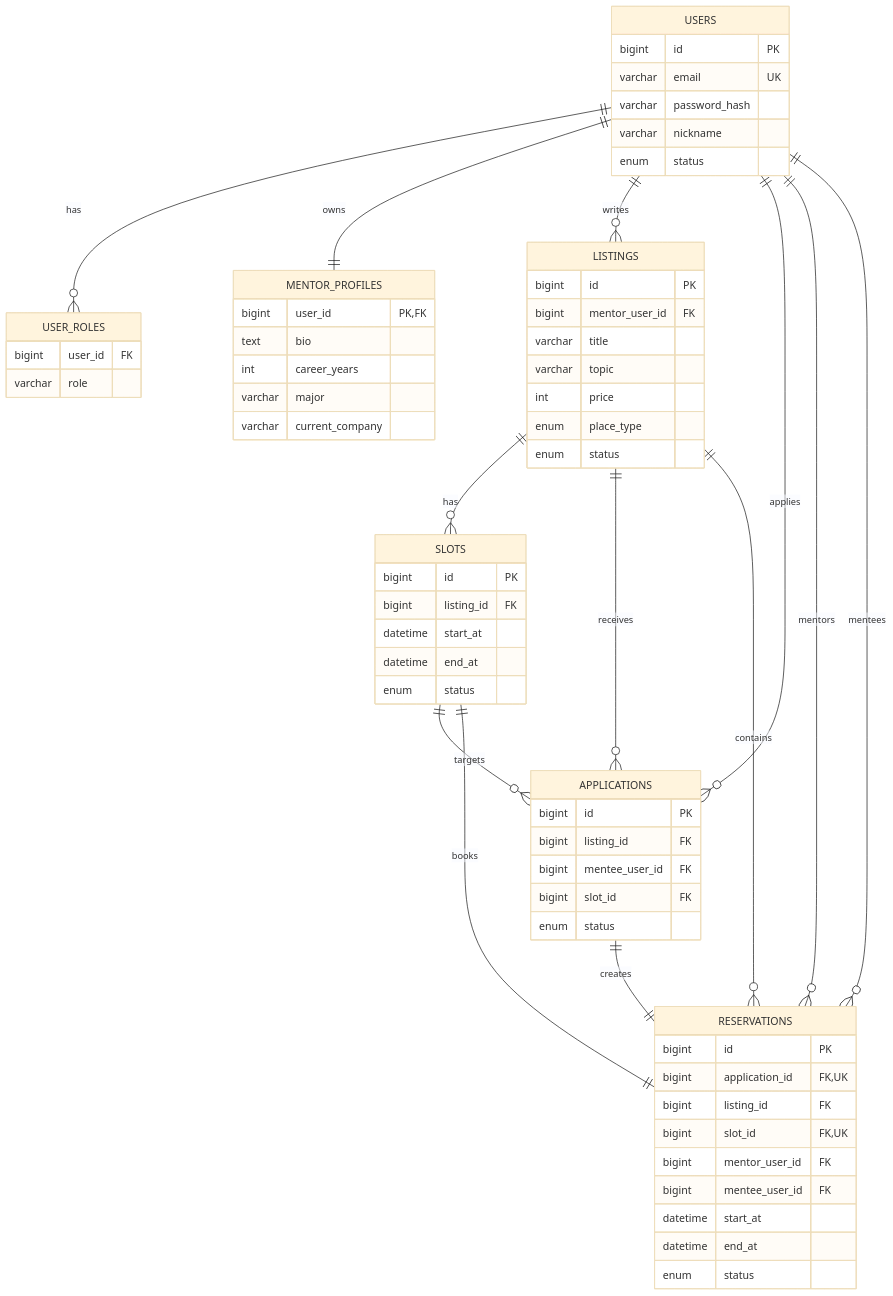
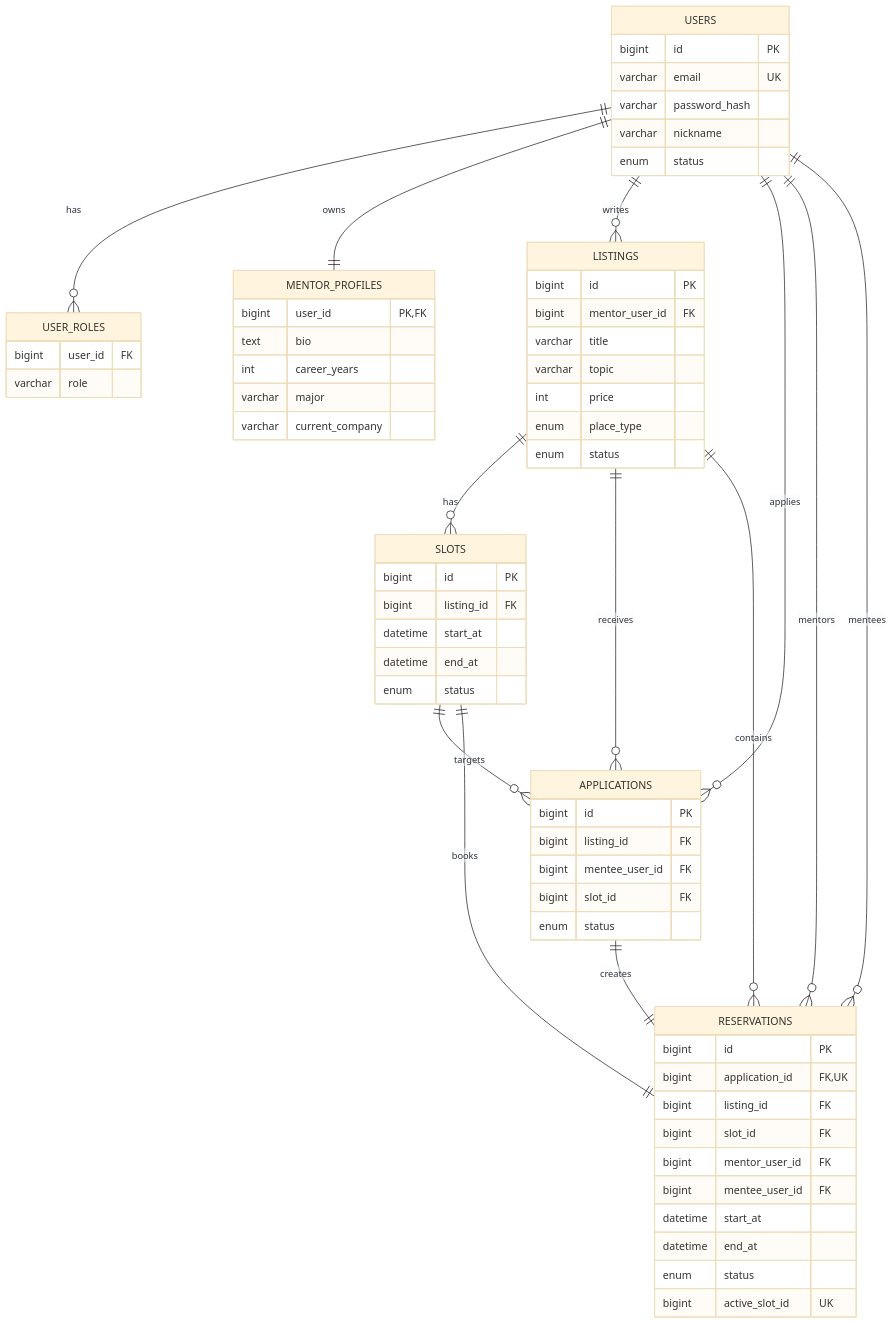
The diagram in README.md (jkim1202/mentoring), drawn with Mermaid (base theme) before and after one commit. The commit also changed other lines of this file and 24 other files, not shown here.

````diff
--- a/README.md
+++ b/README.md
@@ -108,77 +111,78 @@
 ```mermaid
 erDiagram
     USERS ||--o{ USER_ROLES : has
     USERS ||--|| MENTOR_PROFILES : owns
     USERS ||--o{ LISTINGS : writes
     USERS ||--o{ APPLICATIONS : applies
     USERS ||--o{ RESERVATIONS : mentors
     USERS ||--o{ RESERVATIONS : mentees
 
     LISTINGS ||--o{ SLOTS : has
     LISTINGS ||--o{ APPLICATIONS : receives
     LISTINGS ||--o{ RESERVATIONS : contains
 
     SLOTS ||--o{ APPLICATIONS : targets
     SLOTS ||--|| RESERVATIONS : books
 
     APPLICATIONS ||--|| RESERVATIONS : creates
 
     USERS {
         bigint id PK
         varchar email UK
         varchar password_hash
         varchar nickname
         enum status
     }
 
     USER_ROLES {
         bigint user_id FK
         varchar role
     }
 
     MENTOR_PROFILES {
         bigint user_id PK, FK
         text bio
         int career_years
         varchar major
         varchar current_company
     }
 
     LISTINGS {
         bigint id PK
         bigint mentor_user_id FK
         varchar title
         varchar topic
         int price
         enum place_type
         enum status
     }
 
     SLOTS {
         bigint id PK
         bigint listing_id FK
         datetime start_at
         datetime end_at
         enum status
     }
 
     APPLICATIONS {
         bigint id PK
         bigint listing_id FK
         bigint mentee_user_id FK
         bigint slot_id FK
         enum status
     }
 
     RESERVATIONS {
         bigint id PK
         bigint application_id FK, UK
         bigint listing_id FK
-        bigint slot_id FK, UK
+        bigint slot_id FK
         bigint mentor_user_id FK
         bigint mentee_user_id FK
         datetime start_at
         datetime end_at
         enum status
+        bigint active_slot_id UK
     }
 ```
````
